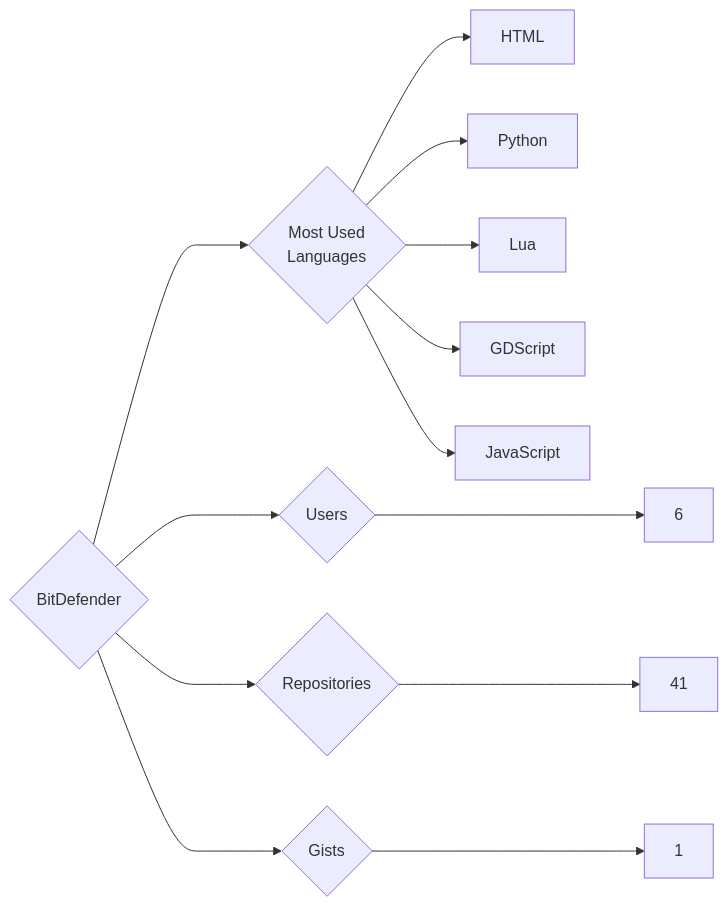
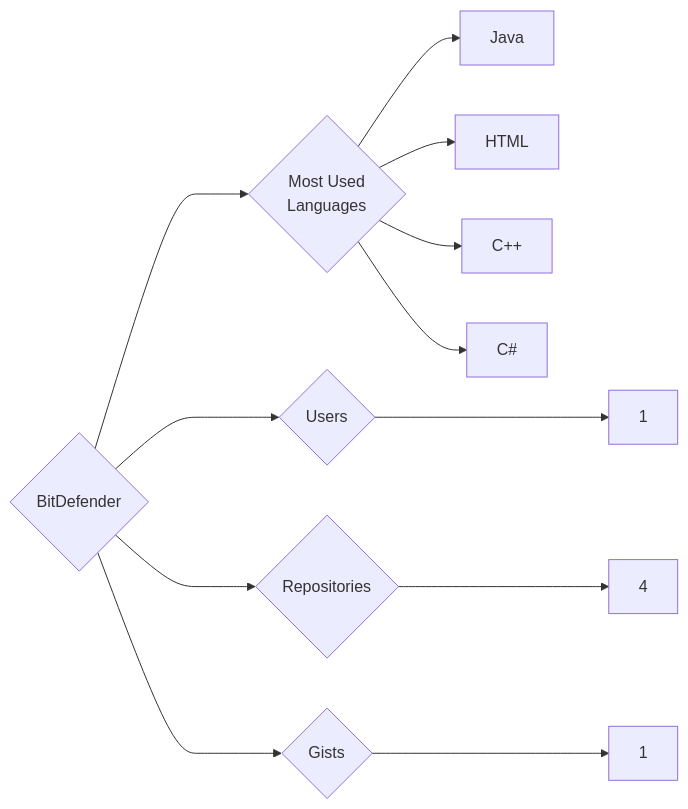
One commit to trickest/insiders changed the diagram in targets/BitDefender/README.md. Above: the diagram before and after it, drawn with Mermaid. The commit also changed 838 other files, not shown here.

````diff
--- a/targets/BitDefender/README.md
+++ b/targets/BitDefender/README.md
@@ -3,13 +3,12 @@
 ```mermaid
 graph LR
 COMPANY_NAME{BitDefender}
-COMPANY_NAME ---> U{Users} ---> UN[6]
-COMPANY_NAME ---> R{Repositories} ---> RN[41]
+COMPANY_NAME ---> U{Users} ---> UN[1]
+COMPANY_NAME ---> R{Repositories} ---> RN[4]
 COMPANY_NAME ---> G{Gists} ---> GN[1]
 COMPANY_NAME ---> ML{Most Used<br>Languages}
+ML --> Java[Java]
 ML --> HTML[HTML]
-ML --> Python[Python]
-ML --> Lua[Lua]
-ML --> GDScript[GDScript]
-ML --> JavaScript[JavaScript]
+ML --> C++[C++]
+ML --> C#[C#]
 ```
````
